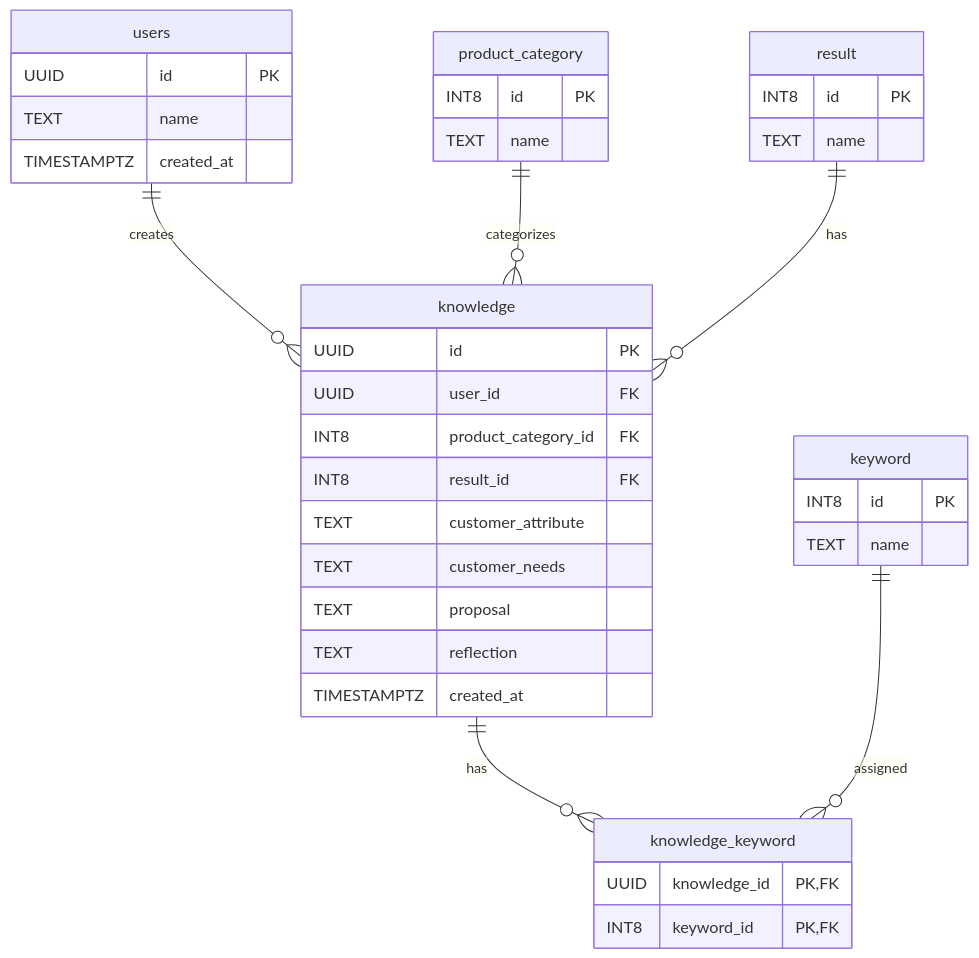
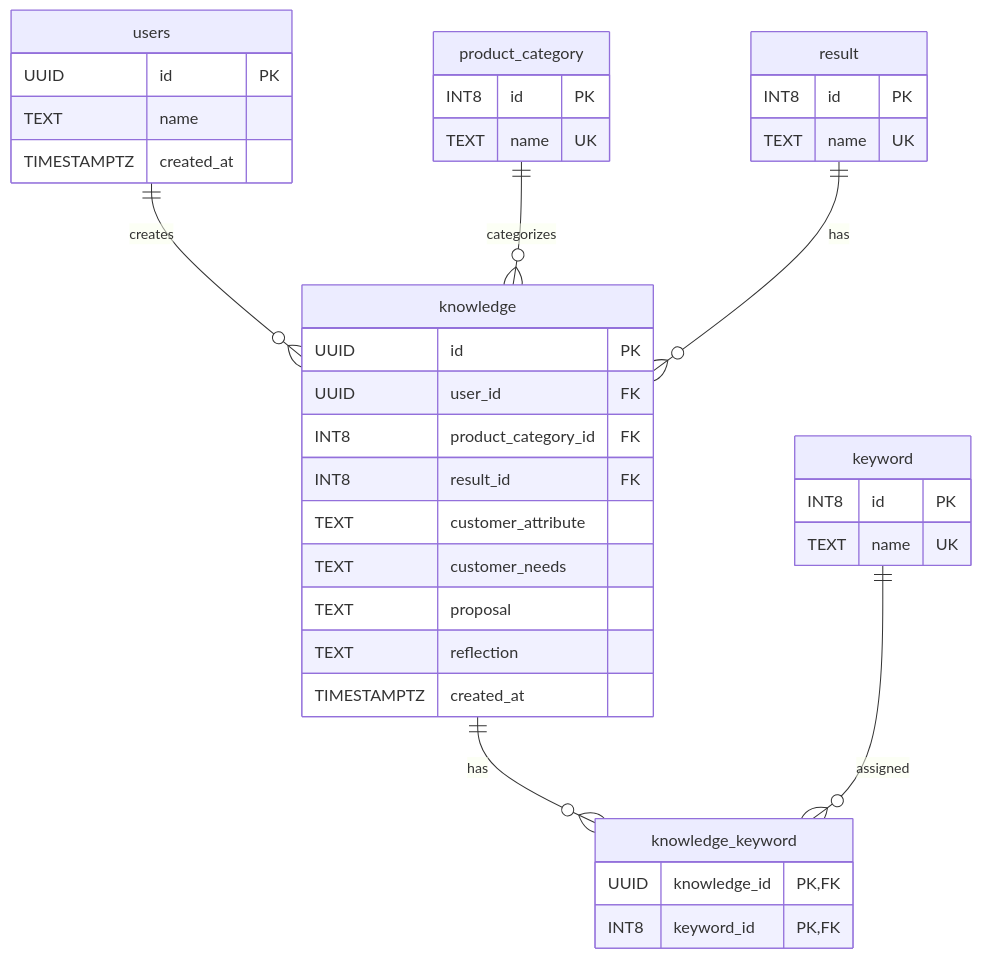
The diagram in docs/er_diagram.mmd (sato13san/saisai_app), drawn with Mermaid before and after one commit.

Commit message:
ER図にUNIQUE制約がある列を記載（UK）

```diff
--- a/docs/er_diagram.mmd
+++ b/docs/er_diagram.mmd
@@ -1,45 +1,45 @@
 erDiagram
 
     users ||--o{ knowledge : creates
     product_category ||--o{ knowledge : categorizes
     result ||--o{ knowledge : has
     knowledge ||--o{ knowledge_keyword : has
     keyword ||--o{ knowledge_keyword : assigned
 
     users {
         UUID id PK
         TEXT name
         TIMESTAMPTZ created_at
     }
 
     product_category {
         INT8 id PK
-        TEXT name
+        TEXT name UK
     }
 
     result {
         INT8 id PK
-        TEXT name
+        TEXT name UK
     }
 
     knowledge {
         UUID id PK
         UUID user_id FK
         INT8 product_category_id FK
         INT8 result_id FK
         TEXT customer_attribute
         TEXT customer_needs
         TEXT proposal
         TEXT reflection
         TIMESTAMPTZ created_at
     }
 
     keyword {
         INT8 id PK
-        TEXT name
+        TEXT name UK
     }
 
     knowledge_keyword {
         UUID knowledge_id PK, FK
         INT8 keyword_id PK, FK
     }
```
